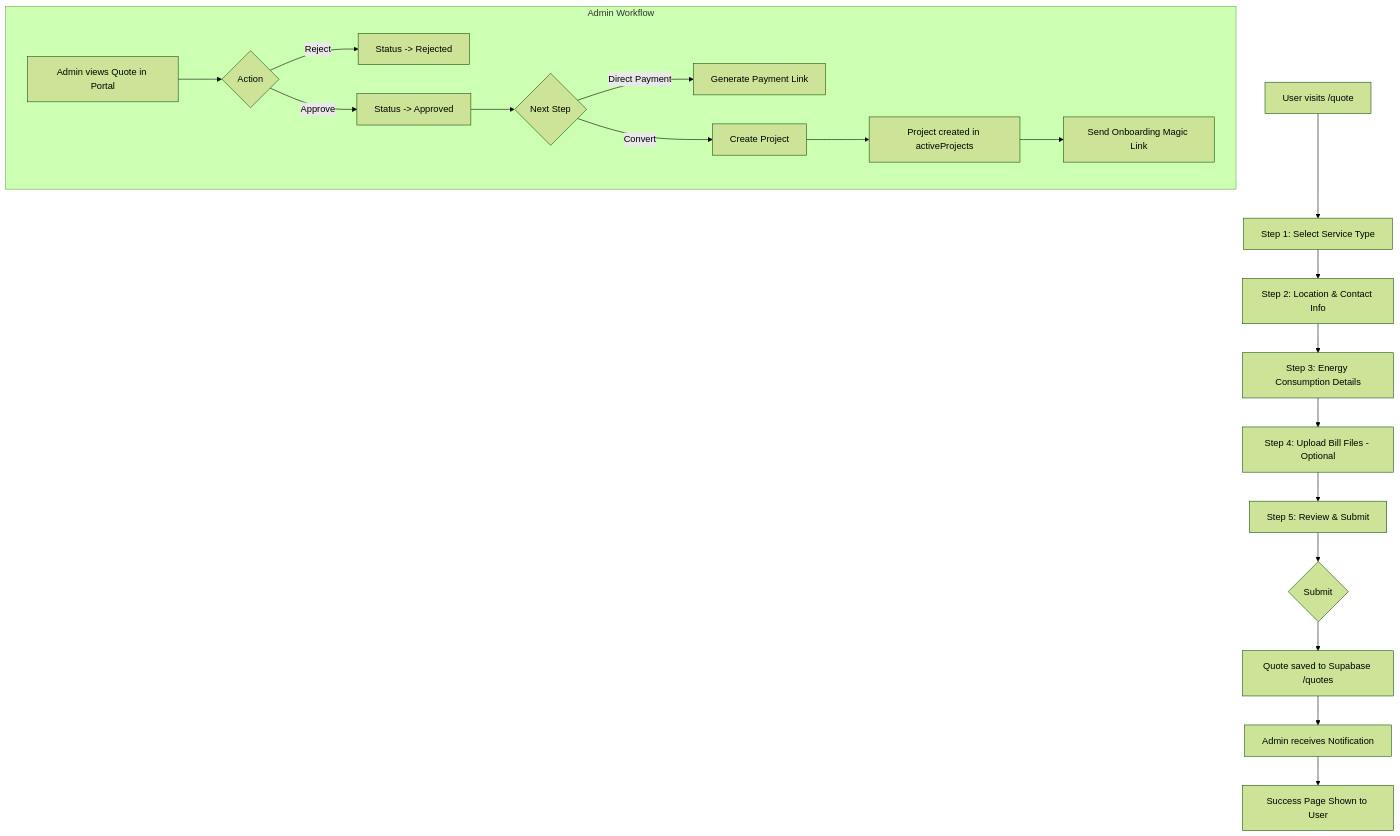
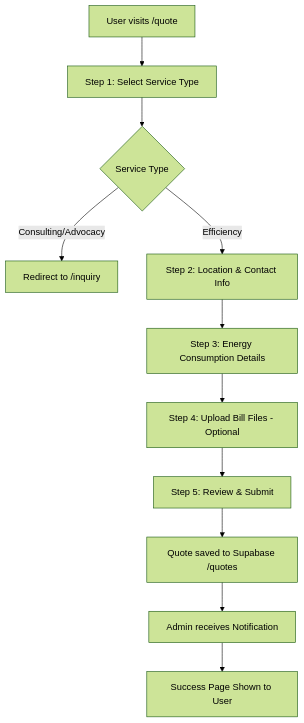
Before and after one commit to CodeRojoTera/teravolta-website-dev: the first of 10 diagrams in Development/docs/USER_FLOWS.md, drawn with Mermaid (forest theme). The commit also changed 12 other files, not shown here.

Commit message:
feat: Add quote creation API, inquiry form, and comprehensive documentation for user flows, roadmap, and v1.1 milestone stabilization complete.

````diff
--- a/Development/docs/USER_FLOWS.md
+++ b/Development/docs/USER_FLOWS.md
@@ -34,23 +38,13 @@
 ```mermaid
 flowchart TD
     A[User visits /quote] --> B[Step 1: Select Service Type]
-    B --> C[Step 2: Location & Contact Info]
-    C --> D[Step 3: Energy Consumption Details]
-    D --> E[Step 4: Upload Bill Files - Optional]
-    E --> F[Step 5: Review & Submit]
-    F --> G{Submit}
-    G --> H[Quote saved to Supabase /quotes]
-    H --> I[Admin receives Notification]
-    I --> J[Success Page Shown to User]
-    
-    subgraph Admin Workflow
-    K[Admin views Quote in Portal] --> L{Action}
-    L -->|Reject| M[Status -> Rejected]
-    L -->|Approve| N[Status -> Approved]
-    N --> O{Next Step}
-    O -->|Direct Payment| P[Generate Payment Link]
-    O -->|Convert| Q[Create Project]
-    Q --> R[Project created in activeProjects]
-    R --> S[Send Onboarding Magic Link]
-    end
+    B --> C{Service Type}
+    C -->|Consulting/Advocacy| D[Redirect to /inquiry]
+    C -->|Efficiency| E[Step 2: Location & Contact Info]
+    E --> F[Step 3: Energy Consumption Details]
+    F --> G[Step 4: Upload Bill Files - Optional]
+    G --> H[Step 5: Review & Submit]
+    H --> I[Quote saved to Supabase /quotes]
+    I --> J[Admin receives Notification]
+    J --> K[Success Page Shown to User]
 ```
````
